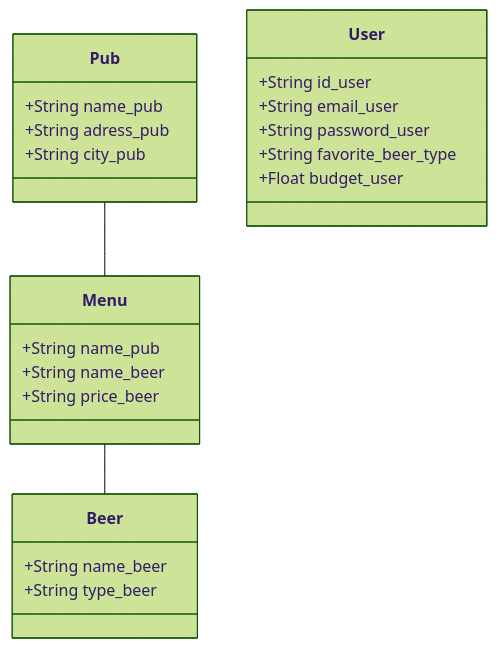
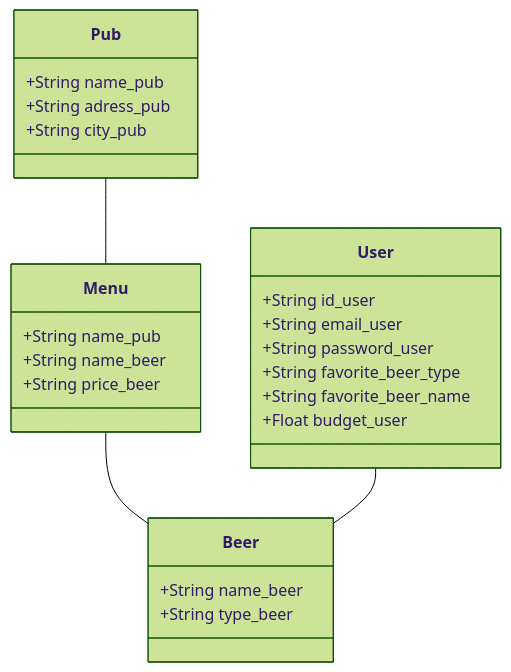
The second of 2 diagrams in README.md (DonMako/beer), drawn with Mermaid (forest theme) before and after one commit. The commit also changed other lines of this file, not shown here.

Commit message:
Màj du README

````diff
--- a/README.md
+++ b/README.md
@@ -66,26 +66,28 @@
 ```mermaid
 classDiagram
     Pub -- Menu
     Menu -- Beer
+    User -- Beer
     class User{
       +String id_user
       +String email_user
       +String password_user
       +String favorite_beer_type
+      +String favorite_beer_name
       +Float budget_user
     }
     class Beer{
       +String name_beer
       +String type_beer
     }
     class Menu{
       +String name_pub
       +String name_beer
       +String price_beer
     }
     class Pub{
       +String name_pub
       +String adress_pub
       +String city_pub
     }
 ```
````
